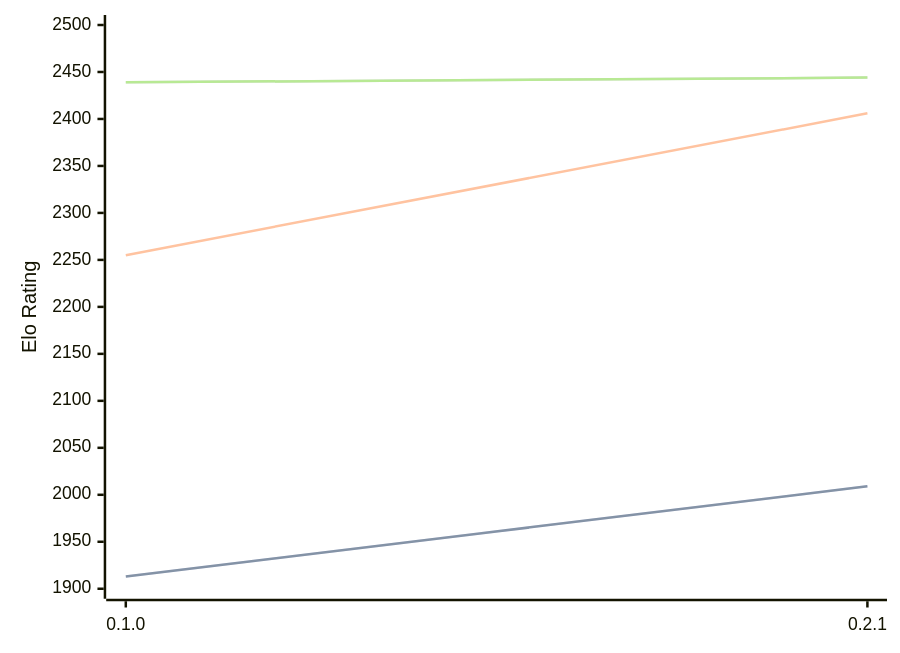
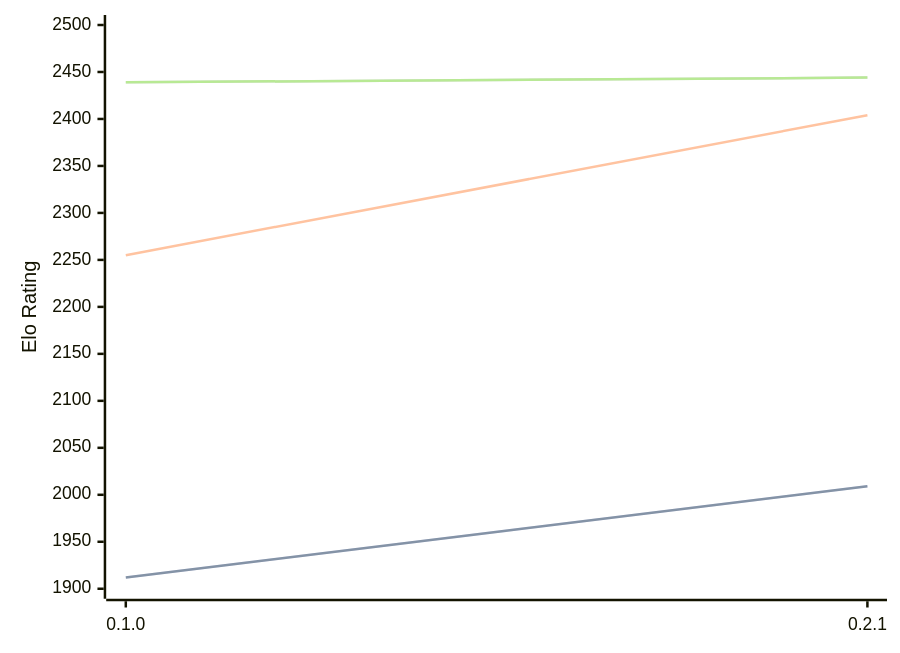
Before and after one commit to computer-chess-index/cci: the diagram in engines/Sykora.md, drawn with Mermaid. The commit also changed other lines of this file, not shown here.

Commit message:
Update CCI Ratings (ELO VLTC) - 2026-03-22

````diff
--- a/engines/Sykora.md
+++ b/engines/Sykora.md
@@ -32,11 +32,11 @@
 ```mermaid
 %%{init: {"theme":"base","themeVariables":{"seriesColors:['#a3a3a3','#222221','#faa371']}}}%%
 xychart-beta
   x-axis ["0.1.0", "0.2.1"]
   y-axis "Elo Rating" 1900 --> 2500
-  line "STC (8.0+0.08s)" [1913, 2009]
-  line "STC (8.0+0.08s)" [1913, 2009]
-  line "LTC (60.0+0.60s)" [2255, 2406]
+  line "STC (8.0+0.08s)" [1912, 2009]
+  line "STC (8.0+0.08s)" [1912, 2009]
+  line "LTC (60.0+0.60s)" [2255, 2404]
   line "VLTC (2m24s+1.12s)" [2439, 2444]
   line "VLTC (2m24s+1.12s)" [2439, 2444]
 ```
````
